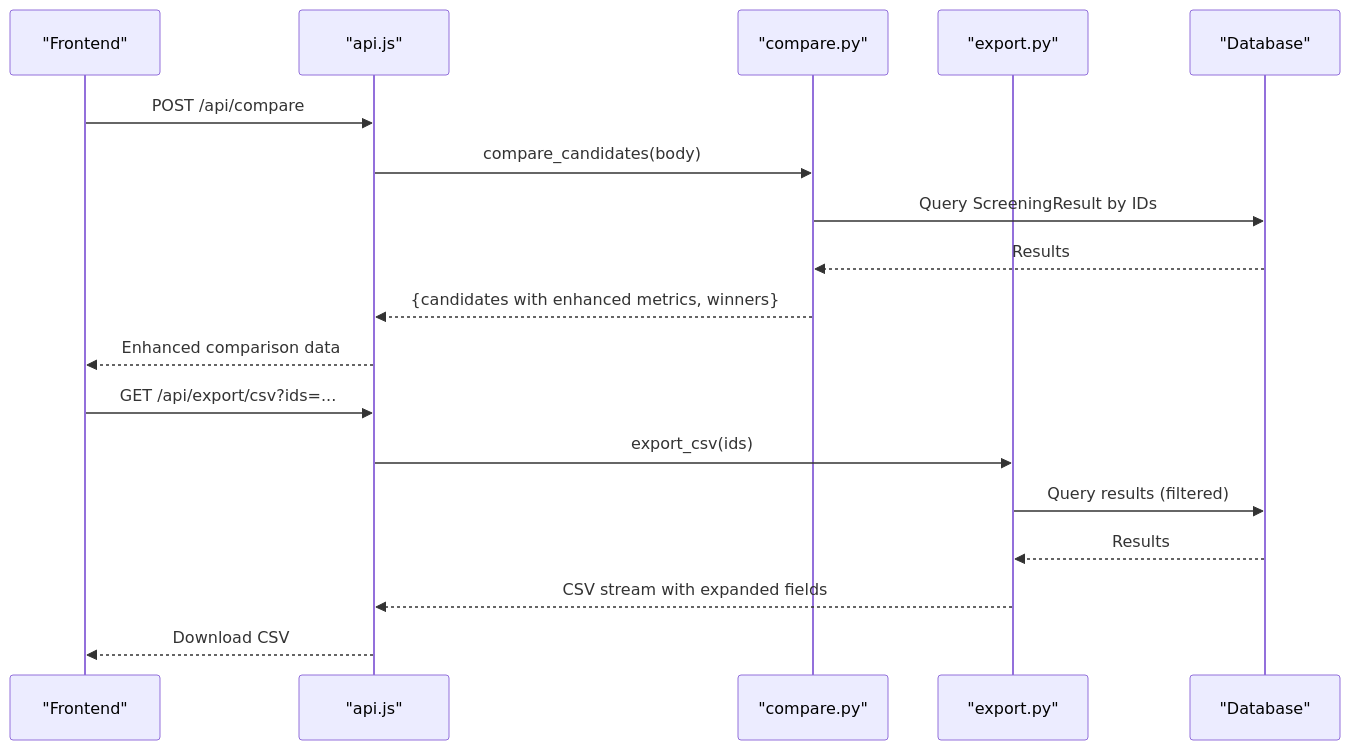
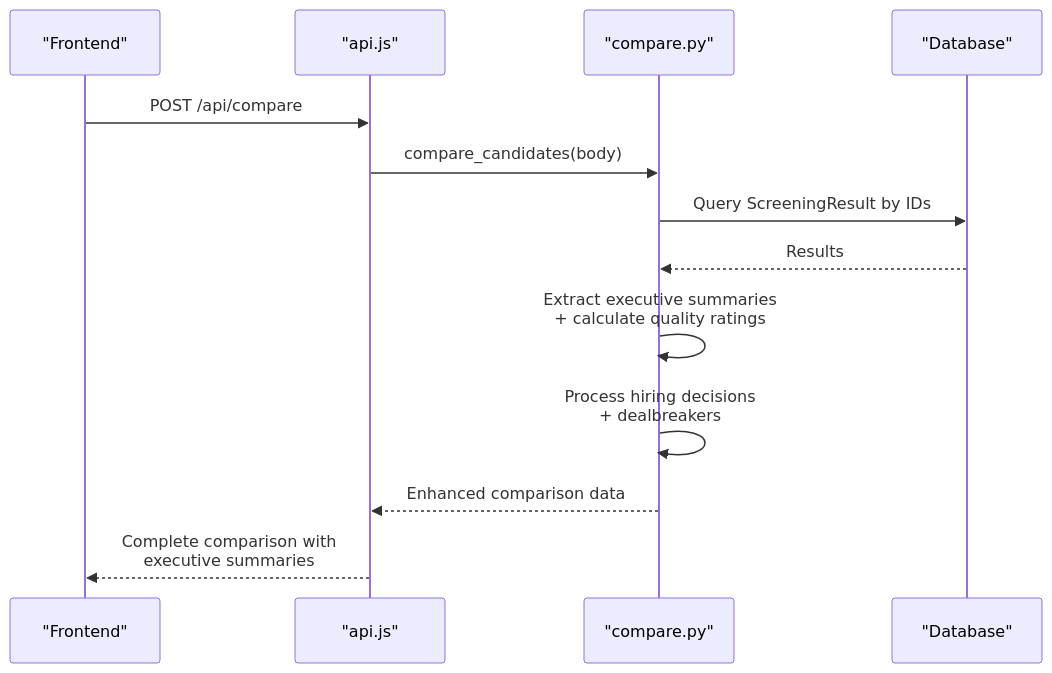
One commit to Revanththetalogics/aireume changed the seventh of 8 diagrams in .qoder/repowiki/en/content/Reporting & Analytics/Comparison & Visualization.md. Above: the diagram before and after it, drawn with Mermaid. The commit also changed other lines of this file and 32 other files, not shown here.

````diff
--- a/.qoder/repowiki/en/content/Reporting & Analytics/Comparison & Visualization.md
+++ b/.qoder/repowiki/en/content/Reporting & Analytics/Comparison & Visualization.md
@@ -368,20 +308,15 @@
 ```mermaid
 sequenceDiagram
 participant FE as "Frontend"
 participant API as "api.js"
 participant CMP as "compare.py"
-participant EXP as "export.py"
 participant DB as "Database"
 FE->>API : POST /api/compare
 API->>CMP : compare_candidates(body)
 CMP->>DB : Query ScreeningResult by IDs
 DB-->>CMP : Results
-CMP-->>API : {candidates with enhanced metrics, winners}
-API-->>FE : Enhanced comparison data
-FE->>API : GET /api/export/csv?ids=...
-API->>EXP : export_csv(ids)
-EXP->>DB : Query results (filtered)
-DB-->>EXP : Results
-EXP-->>API : CSV stream with expanded fields
-API-->>FE : Download CSV
+CMP->>CMP : Extract executive summaries<br/>+ calculate quality ratings
+CMP->>CMP : Process hiring decisions<br/>+ dealbreakers
+CMP-->>API : Enhanced comparison data
+API-->>FE : Complete comparison with<br/>executive summaries
 ```
````
